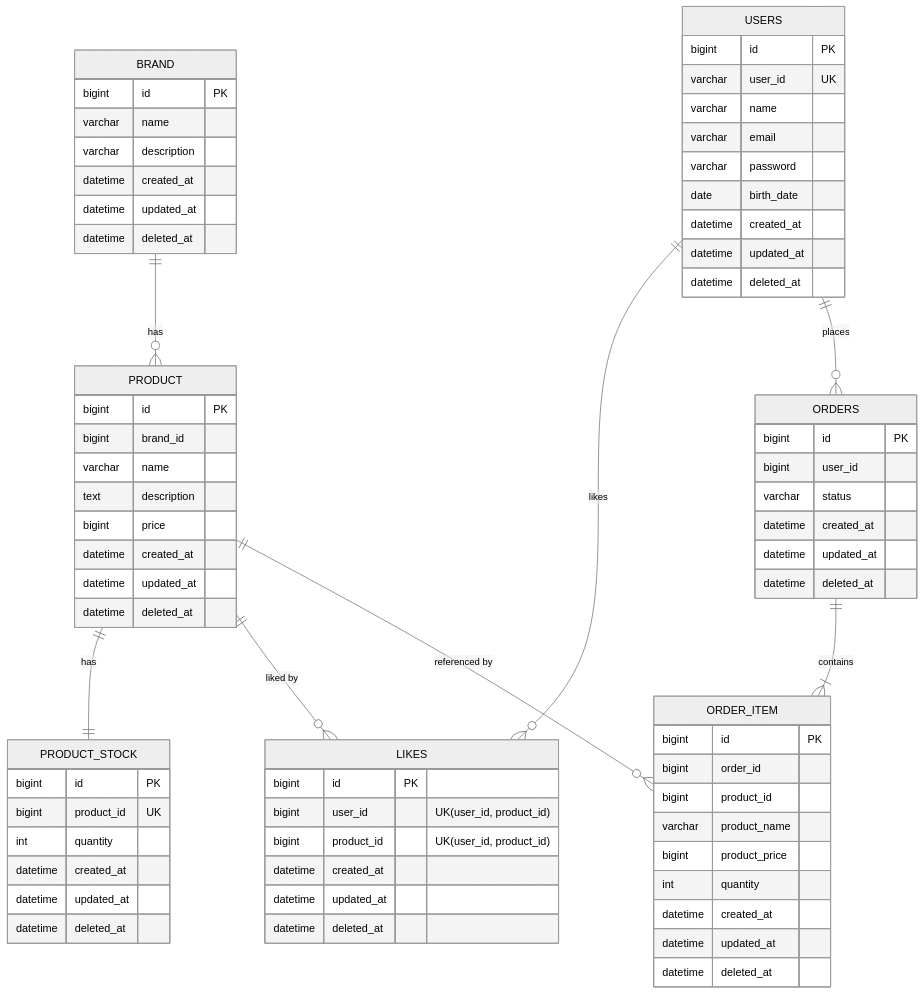
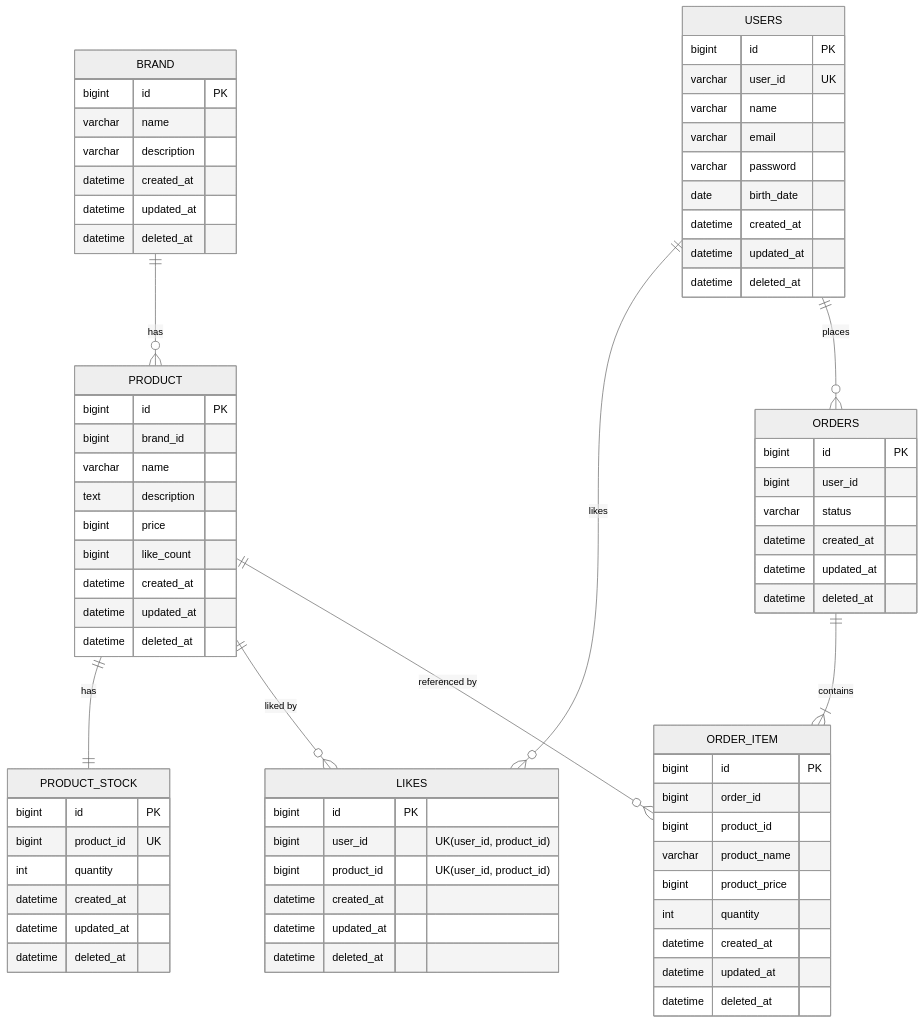
The diagram in docs/v3/erd.md (Hangju0610/loop-pack-be-l2-vol4-java), drawn with Mermaid (neutral theme) before and after one commit. The commit also changed other lines of this file and 4 other files, not shown here.

First line of the commit message:
docs: likeCount DB 비정규화 전략 채택 및 관련 설계 문서 전면 수정

````diff
--- a/docs/v3/erd.md
+++ b/docs/v3/erd.md
@@ -5,81 +5,82 @@
 ```mermaid
 erDiagram
     BRAND {
         bigint id PK
         varchar name
         varchar description
         datetime created_at
         datetime updated_at
         datetime deleted_at
     }
 
     PRODUCT {
         bigint id PK
         bigint brand_id
         varchar name
         text description
         bigint price
+        bigint like_count
         datetime created_at
         datetime updated_at
         datetime deleted_at
     }
 
     PRODUCT_STOCK {
         bigint id PK
         bigint product_id UK
         int quantity
         datetime created_at
         datetime updated_at
         datetime deleted_at
     }
 
     USERS {
         bigint id PK
         varchar user_id UK
         varchar name
         varchar email
         varchar password
         date birth_date
         datetime created_at
         datetime updated_at
         datetime deleted_at
     }
 
     LIKES {
         bigint id PK
         bigint user_id "UK(user_id, product_id)"
         bigint product_id "UK(user_id, product_id)"
         datetime created_at
         datetime updated_at
         datetime deleted_at
     }
 
     ORDERS {
         bigint id PK
         bigint user_id
         varchar status
         datetime created_at
         datetime updated_at
         datetime deleted_at
     }
 
     ORDER_ITEM {
         bigint id PK
         bigint order_id
         bigint product_id
         varchar product_name
         bigint product_price
         int quantity
         datetime created_at
         datetime updated_at
         datetime deleted_at
     }
 
     BRAND ||--o{ PRODUCT : "has"
     PRODUCT ||--|| PRODUCT_STOCK : "has"
     USERS ||--o{ LIKES : "likes"
     USERS ||--o{ ORDERS : "places"
     PRODUCT ||--o{ LIKES : "liked by"
     PRODUCT ||--o{ ORDER_ITEM : "referenced by"
     ORDERS ||--|{ ORDER_ITEM : "contains"
 ```
````
